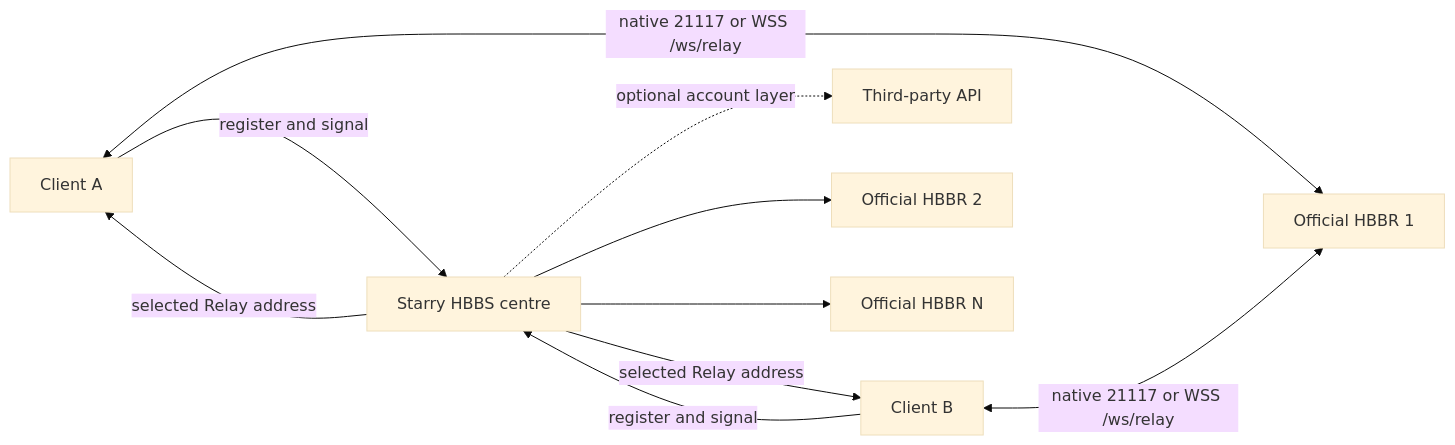
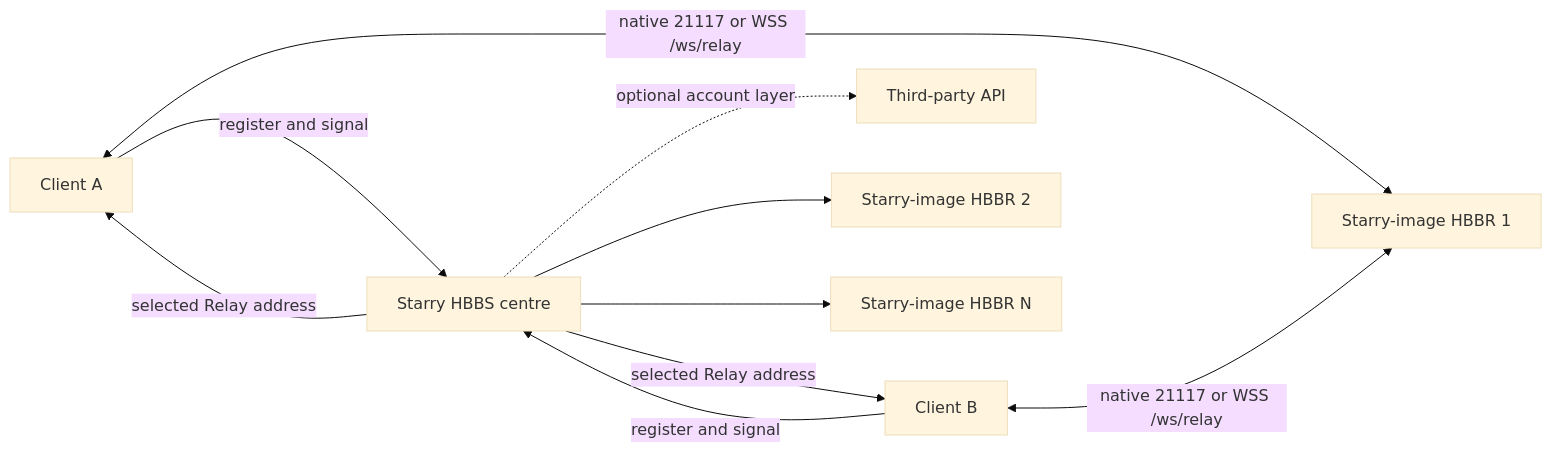
Before and after one commit to q1ngyang/rustdesk-server-starry: the diagram in docs/wiki/Multi-Node-Deployment.md, drawn with Mermaid (base theme). The commit also changed other lines of this file and 47 other files, not shown here.

````diff
--- a/docs/wiki/Multi-Node-Deployment.md
+++ b/docs/wiki/Multi-Node-Deployment.md
@@ -10,12 +13,12 @@
 ```mermaid
 flowchart LR
     A[Client A] -->|register and signal| S[Starry HBBS centre]
     B[Client B] -->|register and signal| S
     S -->|selected Relay address| A
     S -->|selected Relay address| B
-    A <-->|native 21117 or WSS /ws/relay| R1[Official HBBR 1]
+    A <-->|native 21117 or WSS /ws/relay| R1[Starry-image HBBR 1]
     B <-->|native 21117 or WSS /ws/relay| R1
     S -. optional account layer .-> API[Third-party API]
-    S --> R2[Official HBBR 2]
-    S --> R3[Official HBBR N]
+    S --> R2[Starry-image HBBR 2]
+    S --> R3[Starry-image HBBR N]
 ```
````
